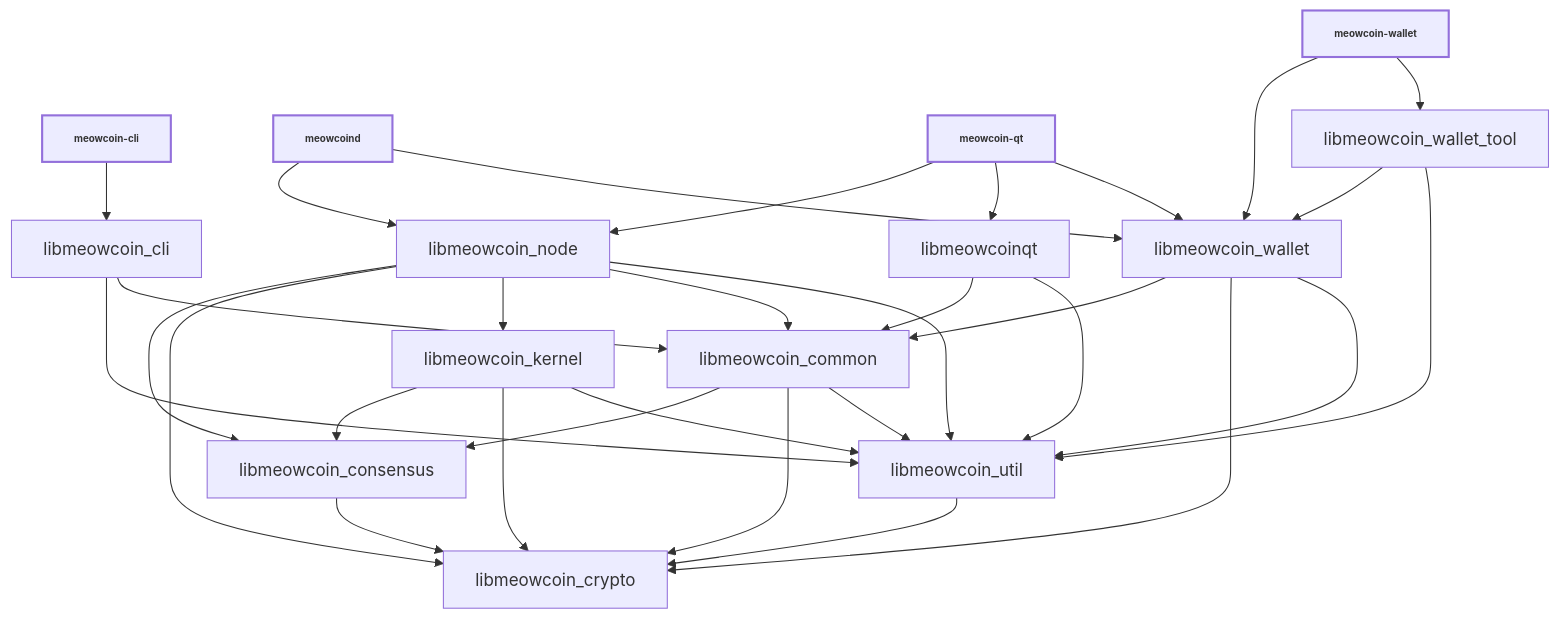
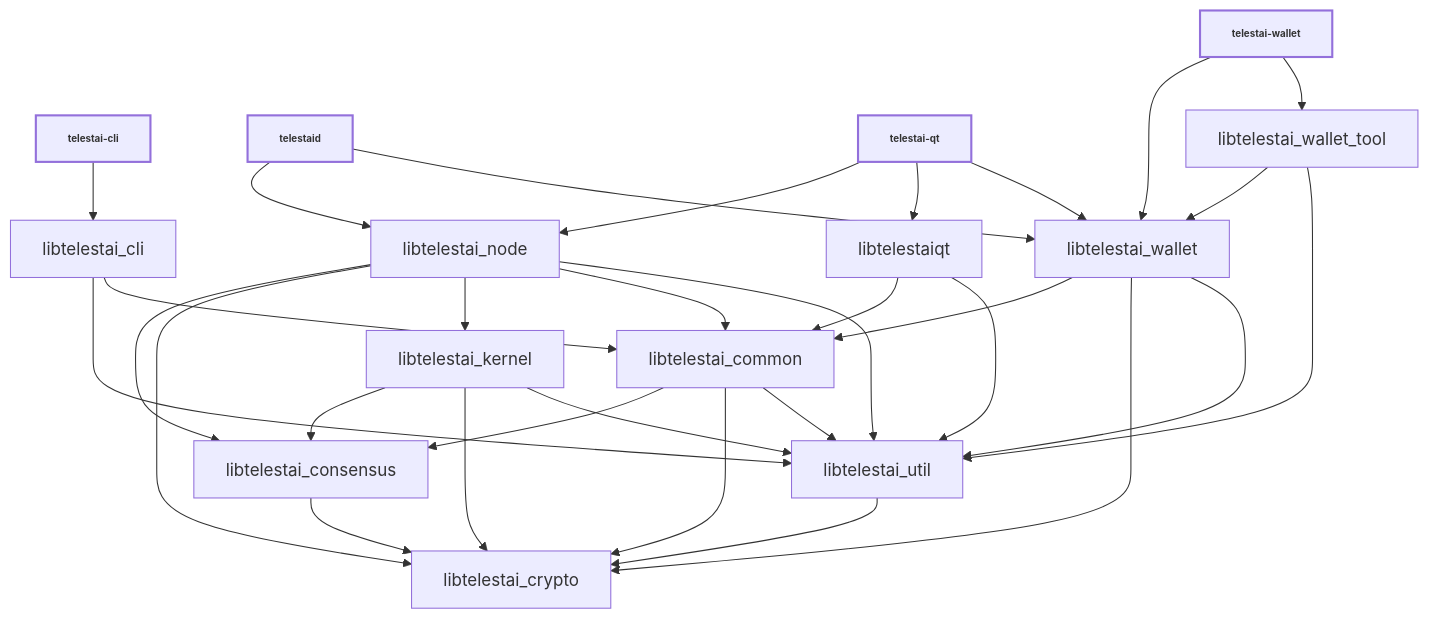
Before and after one commit to Telestai-Project/telestai: the diagram in doc/design/libraries.md, drawn with Mermaid. The commit also changed other lines of this file and 2304 other files, not shown here.

````diff
--- a/doc/design/libraries.md
+++ b/doc/design/libraries.md
@@ -36,52 +36,52 @@
 ```mermaid
 
 %%{ init : { "flowchart" : { "curve" : "basis" }}}%%
 
 graph TD;
 
-meowcoin-cli[meowcoin-cli]-->libmeowcoin_cli;
+telestai-cli[telestai-cli]-->libtelestai_cli;
 
-meowcoind[meowcoind]-->libmeowcoin_node;
-meowcoind[meowcoind]-->libmeowcoin_wallet;
+telestaid[telestaid]-->libtelestai_node;
+telestaid[telestaid]-->libtelestai_wallet;
 
-meowcoin-qt[meowcoin-qt]-->libmeowcoin_node;
-meowcoin-qt[meowcoin-qt]-->libmeowcoinqt;
-meowcoin-qt[meowcoin-qt]-->libmeowcoin_wallet;
+telestai-qt[telestai-qt]-->libtelestai_node;
+telestai-qt[telestai-qt]-->libtelestaiqt;
+telestai-qt[telestai-qt]-->libtelestai_wallet;
 
-meowcoin-wallet[meowcoin-wallet]-->libmeowcoin_wallet;
-meowcoin-wallet[meowcoin-wallet]-->libmeowcoin_wallet_tool;
+telestai-wallet[telestai-wallet]-->libtelestai_wallet;
+telestai-wallet[telestai-wallet]-->libtelestai_wallet_tool;
 
-libmeowcoin_cli-->libmeowcoin_util;
-libmeowcoin_cli-->libmeowcoin_common;
+libtelestai_cli-->libtelestai_util;
+libtelestai_cli-->libtelestai_common;
 
-libmeowcoin_consensus-->libmeowcoin_crypto;
+libtelestai_consensus-->libtelestai_crypto;
 
-libmeowcoin_common-->libmeowcoin_consensus;
-libmeowcoin_common-->libmeowcoin_crypto;
-libmeowcoin_common-->libmeowcoin_util;
+libtelestai_common-->libtelestai_consensus;
+libtelestai_common-->libtelestai_crypto;
+libtelestai_common-->libtelestai_util;
 
-libmeowcoin_kernel-->libmeowcoin_consensus;
-libmeowcoin_kernel-->libmeowcoin_crypto;
-libmeowcoin_kernel-->libmeowcoin_util;
+libtelestai_kernel-->libtelestai_consensus;
+libtelestai_kernel-->libtelestai_crypto;
+libtelestai_kernel-->libtelestai_util;
 
-libmeowcoin_node-->libmeowcoin_consensus;
-libmeowcoin_node-->libmeowcoin_crypto;
-libmeowcoin_node-->libmeowcoin_kernel;
-libmeowcoin_node-->libmeowcoin_common;
-libmeowcoin_node-->libmeowcoin_util;
+libtelestai_node-->libtelestai_consensus;
+libtelestai_node-->libtelestai_crypto;
+libtelestai_node-->libtelestai_kernel;
+libtelestai_node-->libtelestai_common;
+libtelestai_node-->libtelestai_util;
 
-libmeowcoinqt-->libmeowcoin_common;
-libmeowcoinqt-->libmeowcoin_util;
+libtelestaiqt-->libtelestai_common;
+libtelestaiqt-->libtelestai_util;
 
-libmeowcoin_util-->libmeowcoin_crypto;
+libtelestai_util-->libtelestai_crypto;
 
-libmeowcoin_wallet-->libmeowcoin_common;
-libmeowcoin_wallet-->libmeowcoin_crypto;
-libmeowcoin_wallet-->libmeowcoin_util;
+libtelestai_wallet-->libtelestai_common;
+libtelestai_wallet-->libtelestai_crypto;
+libtelestai_wallet-->libtelestai_util;
 
-libmeowcoin_wallet_tool-->libmeowcoin_wallet;
-libmeowcoin_wallet_tool-->libmeowcoin_util;
+libtelestai_wallet_tool-->libtelestai_wallet;
+libtelestai_wallet_tool-->libtelestai_util;
 
 classDef bold stroke-width:2px, font-weight:bold, font-size: smaller;
-class meowcoin-qt,meowcoind,meowcoin-cli,meowcoin-wallet bold
+class telestai-qt,telestaid,telestai-cli,telestai-wallet bold
 ```
````
